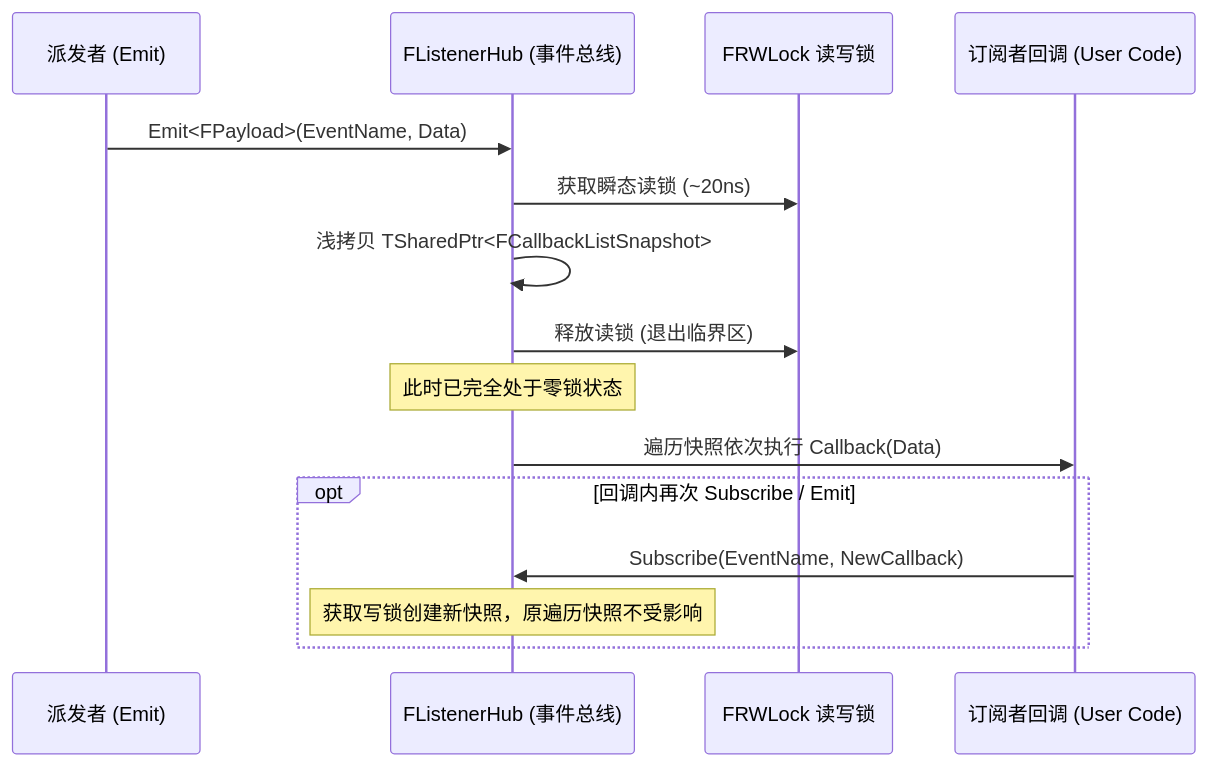
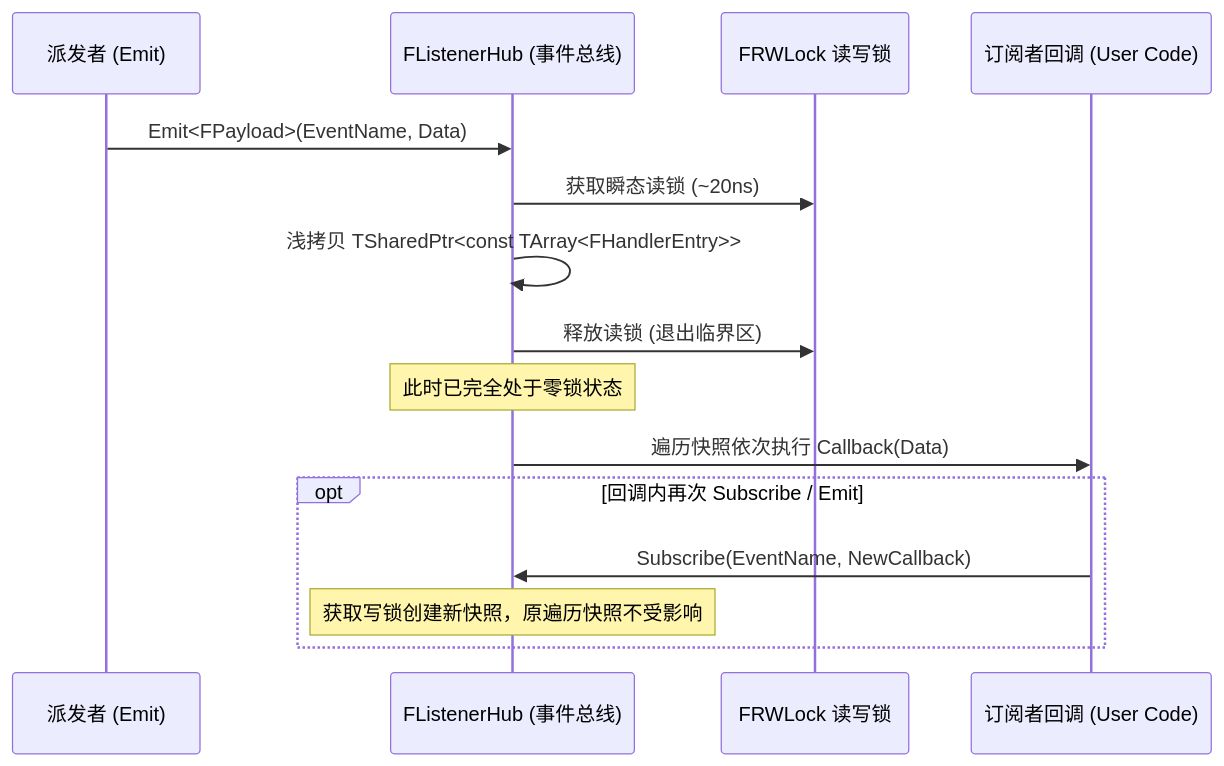
One commit to YIice-cwj/ue5-toolkit changed the second of 2 diagrams in Plugins/GameCore/Docs/Architecture/EventAndMessaging.md. Above: the diagram before and after it, drawn with Mermaid. The commit also changed other lines of this file and 87 other files, not shown here.

````diff
--- a/Plugins/GameCore/Docs/Architecture/EventAndMessaging.md
+++ b/Plugins/GameCore/Docs/Architecture/EventAndMessaging.md
@@ -48,18 +49,18 @@
 ```mermaid
 sequenceDiagram
     participant Emitter as 派发者 (Emit)
     participant Hub as FListenerHub (事件总线)
     participant Lock as FRWLock 读写锁
     participant Callback as 订阅者回调 (User Code)
 
     Emitter->>Hub: Emit<FPayload>(EventName, Data)
     Hub->>Lock: 获取瞬态读锁 (~20ns)
-    Hub->>Hub: 浅拷贝 TSharedPtr<FCallbackListSnapshot>
+    Hub->>Hub: 浅拷贝 TSharedPtr<const TArray<FHandlerEntry>>
     Hub->>Lock: 释放读锁 (退出临界区)
     Note over Hub: 此时已完全处于零锁状态
     Hub->>Callback: 遍历快照依次执行 Callback(Data)
     opt 回调内再次 Subscribe / Emit
         Callback->>Hub: Subscribe(EventName, NewCallback)
         Note over Hub: 获取写锁创建新快照，原遍历快照不受影响
     end
 ```
````
